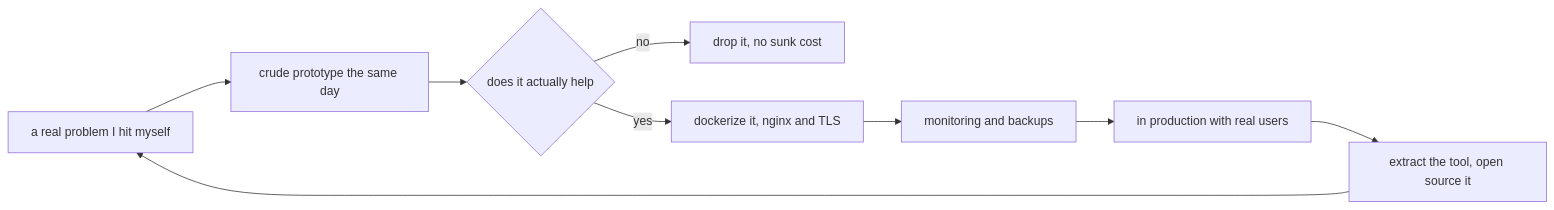
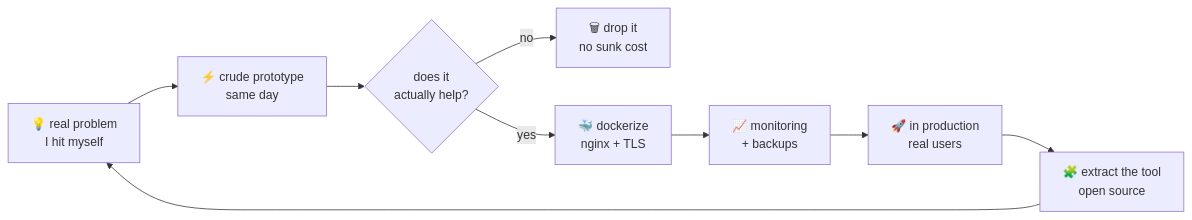
Before and after one commit to kostya5524/kostya5524: the diagram in README.md, drawn with Mermaid.

Commit message:
style: restore the readable mermaid layout

````diff
--- a/README.md
+++ b/README.md
@@ -219,11 +219,11 @@
 ```mermaid
 flowchart LR
-    A[a real problem I hit myself] --> B[crude prototype the same day]
-    B --> C{does it actually help}
-    C -->|no| Z[drop it, no sunk cost]
-    C -->|yes| D[dockerize it, nginx and TLS]
-    D --> E[monitoring and backups]
-    E --> F[in production with real users]
-    F --> G[extract the tool, open source it]
+    A["💡 real problem<br/>I hit myself"] --> B["⚡ crude prototype<br/>same day"]
+    B --> C{"does it<br/>actually help?"}
+    C -->|no| Z["🗑 drop it<br/>no sunk cost"]
+    C -->|yes| D["🐳 dockerize<br/>nginx + TLS"]
+    D --> E["📈 monitoring<br/>+ backups"]
+    E --> F["🚀 in production<br/>real users"]
+    F --> G["🧩 extract the tool<br/>open source"]
     G --> A
 ```
````
